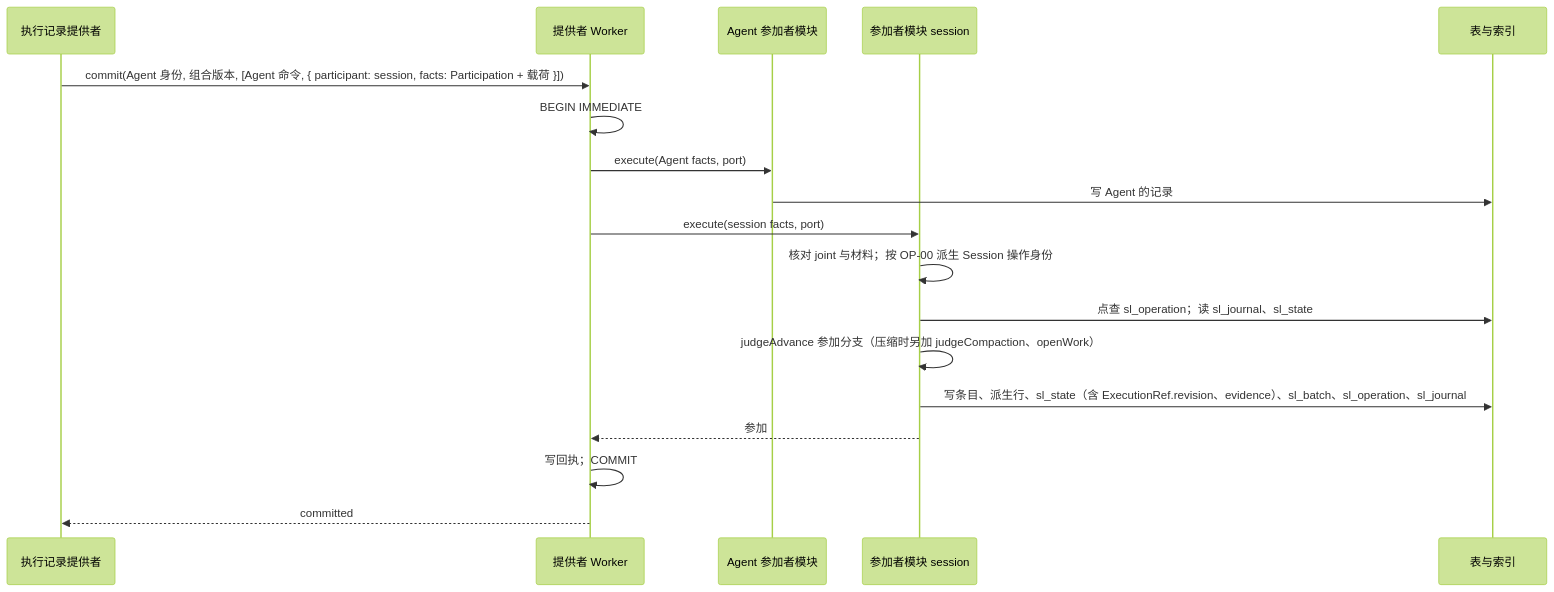
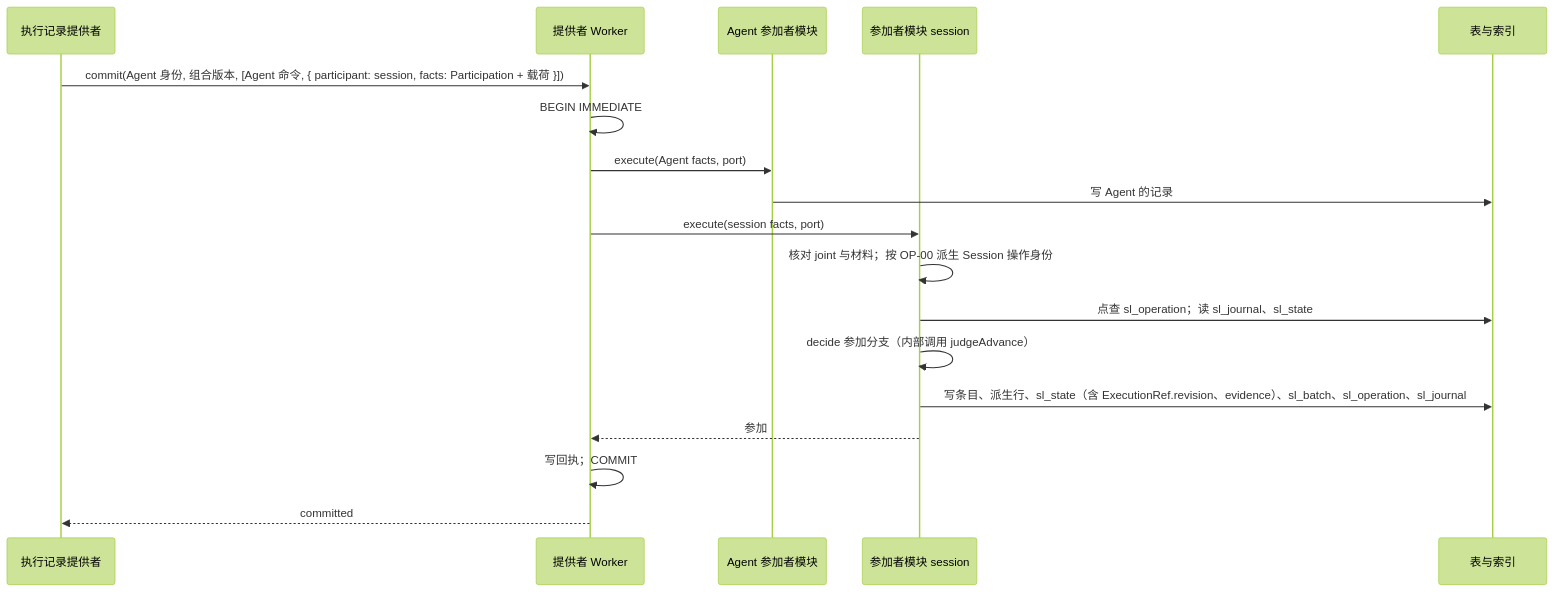
One commit to nemori-ai/omne-harness-lite changed the second of 5 diagrams in packages/session/session-storage-sql/docs/flows.md. Above: the diagram before and after it, drawn with Mermaid (forest theme). The commit also changed other lines of this file and 5 other files, not shown here.

````diff
--- a/packages/session/session-storage-sql/docs/flows.md
+++ b/packages/session/session-storage-sql/docs/flows.md
@@ -54,20 +56,20 @@
 ```mermaid
 sequenceDiagram
     participant A as 执行记录提供者
     participant P as 提供者 Worker
     participant J as Agent 参加者模块
     participant M as 参加者模块 session
     participant D as 表与索引
     A->>P: commit(Agent 身份, 组合版本, [Agent 命令, { participant: session, facts: Participation + 载荷 }])
     P->>P: BEGIN IMMEDIATE
     P->>J: execute(Agent facts, port)
     J->>D: 写 Agent 的记录
     P->>M: execute(session facts, port)
     M->>M: 核对 joint 与材料；按 OP-00 派生 Session 操作身份
     M->>D: 点查 sl_operation；读 sl_journal、sl_state
-    M->>M: judgeAdvance 参加分支（压缩时另加 judgeCompaction、openWork）
+    M->>M: decide 参加分支（内部调用 judgeAdvance）
     M->>D: 写条目、派生行、sl_state（含 ExecutionRef.revision、evidence）、sl_batch、sl_operation、sl_journal
     M-->>P: 参加
     P->>P: 写回执；COMMIT
     P-->>A: committed
 ```
````
